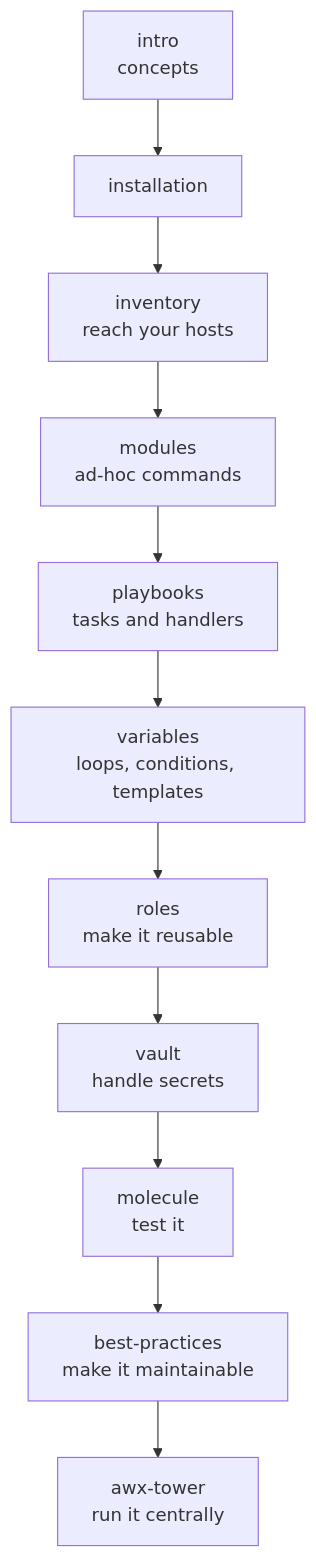
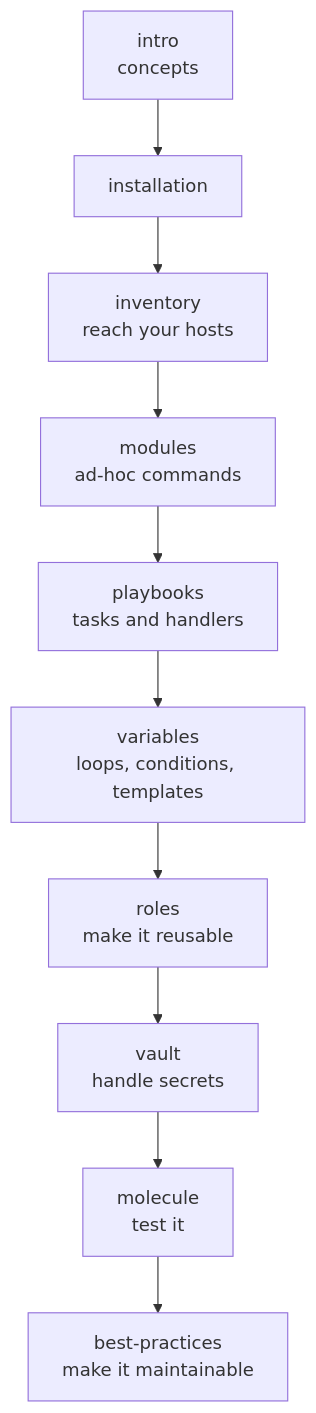
One commit to d3vs3c00ps/docs changed the diagram in content/automation/ansible/index.md. Above: the diagram before and after it, drawn with Mermaid. The commit also changed other lines of this file and 43 other files, not shown here.

````diff
--- a/content/automation/ansible/index.md
+++ b/content/automation/ansible/index.md
@@ -54,13 +48,12 @@
 ```mermaid
 flowchart TD
     A["intro<br/>concepts"] --> B["installation"]
     B --> C["inventory<br/>reach your hosts"]
     C --> D["modules<br/>ad-hoc commands"]
     D --> E["playbooks<br/>tasks and handlers"]
     E --> F["variables<br/>loops, conditions, templates"]
     F --> G["roles<br/>make it reusable"]
     G --> H["vault<br/>handle secrets"]
     H --> I["molecule<br/>test it"]
     I --> J["best-practices<br/>make it maintainable"]
-    J --> K["awx-tower<br/>run it centrally"]
 ```
````
